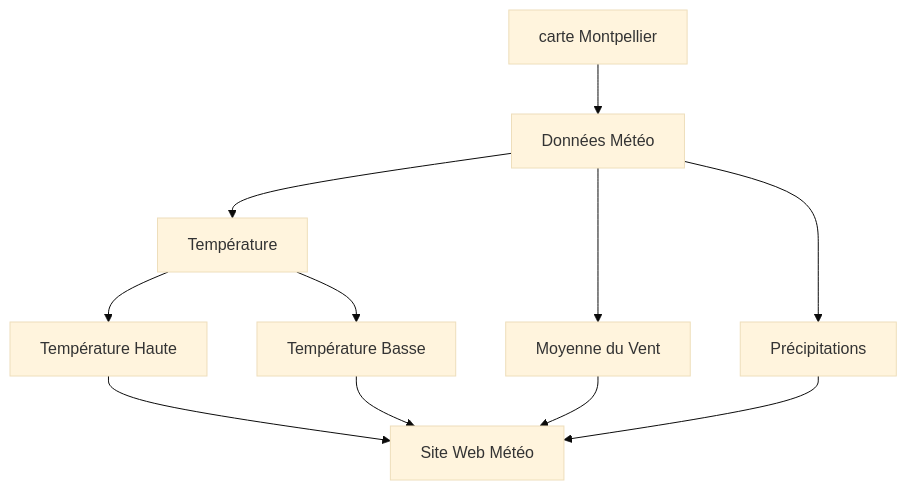
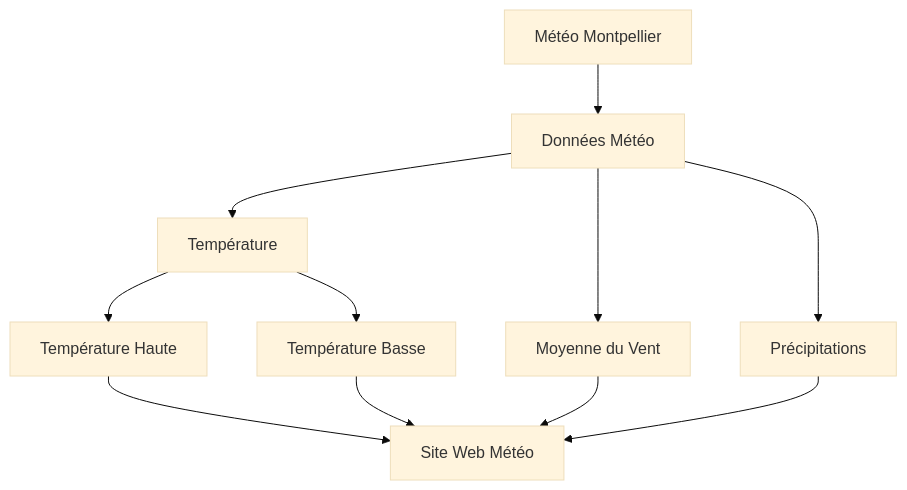
Before and after one commit to Thiziriinfo/Montpellier_Weather: the diagram in README.md, drawn with Mermaid (base theme).

````diff
--- a/README.md
+++ b/README.md
@@ -6,14 +6,14 @@
 ```mermaid
 flowchart TD
-    A[carte Montpellier ] --> B[Données Météo ]
+    A[Météo Montpellier ] --> B[Données Météo ]
     B --> D[Température ]
     D --> F[Température Haute]
     D --> G[Température Basse]
     B --> E[Moyenne du Vent]
     B --> C[Précipitations]
 
     F --> H[Site Web Météo ]
     G --> H
     E --> H
     C --> H
 ```
````
